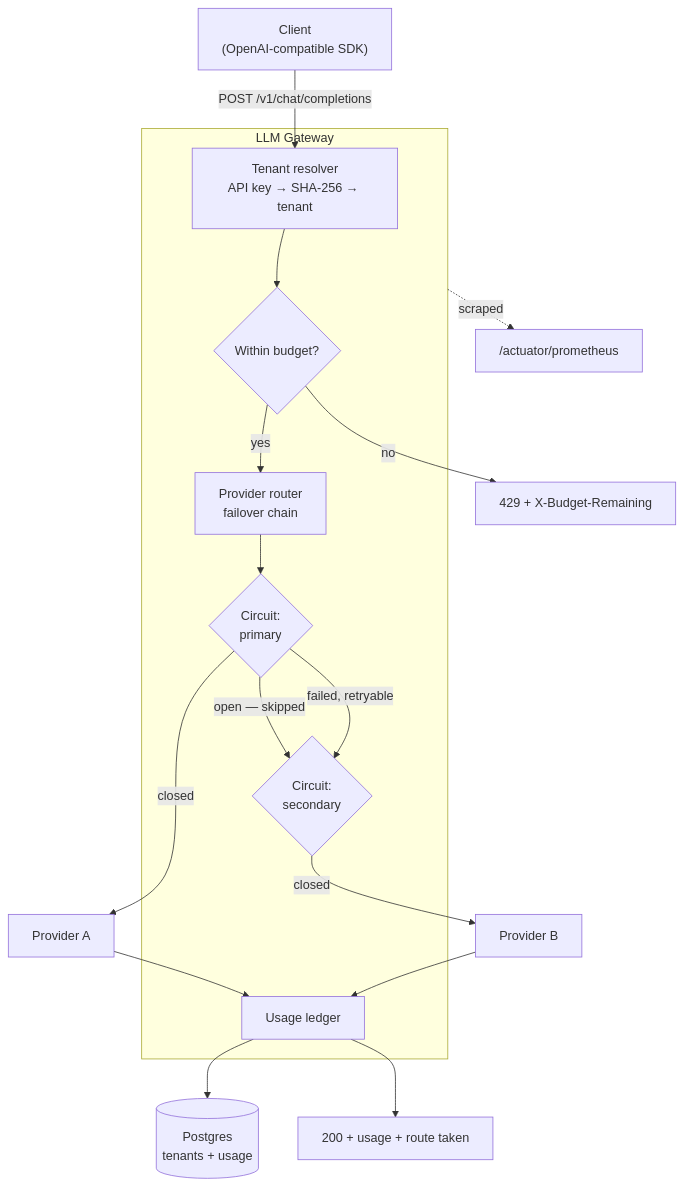
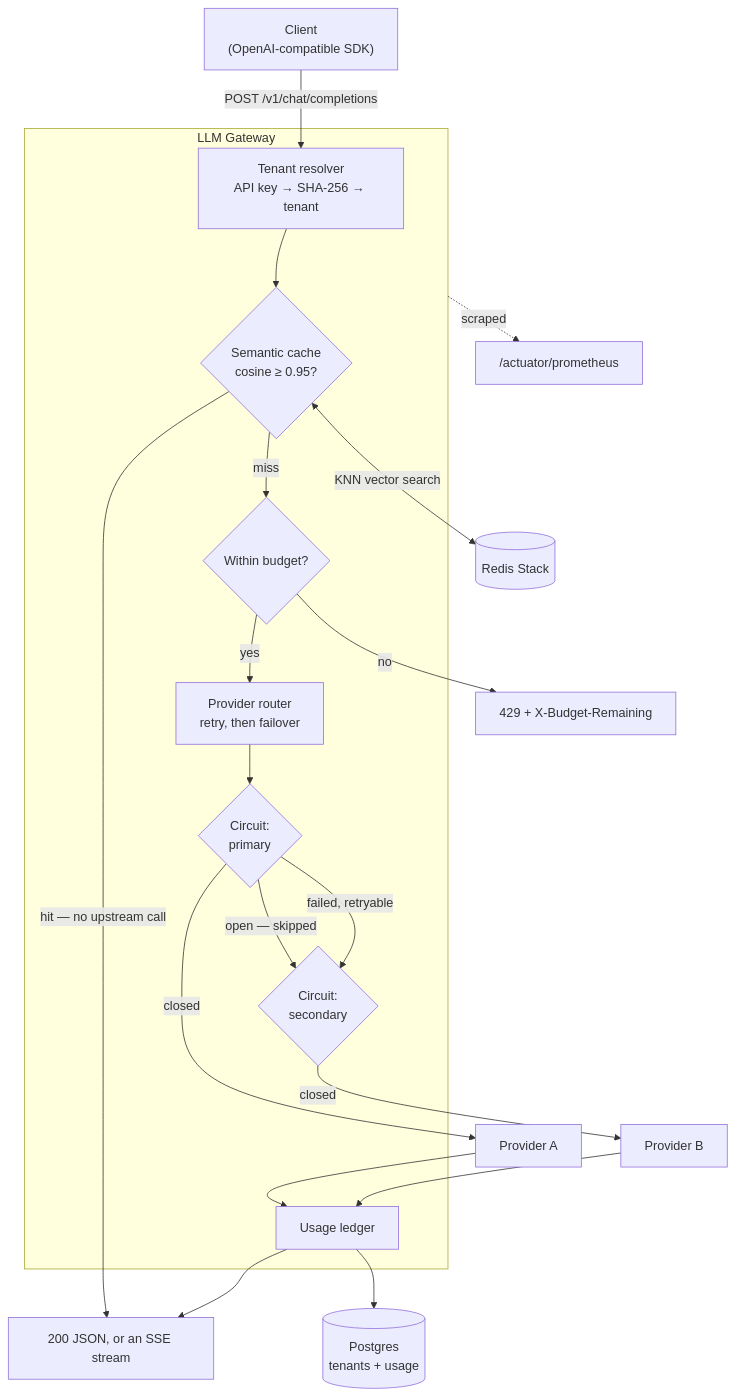
One commit to Ankitnehra6/llm-gateway changed the diagram in README.md. Above: the diagram before and after it, drawn with Mermaid. The commit also changed other lines of this file and 30 other files, not shown here.

First line of the commit message:
Semantic caching, SSE streaming and retry

````diff
--- a/README.md
+++ b/README.md
@@ -39,28 +38,32 @@
 ```mermaid
 flowchart TD
     Client["Client<br/>(OpenAI-compatible SDK)"] -->|"POST /v1/chat/completions"| Auth
 
     subgraph Gateway["LLM Gateway"]
         Auth["Tenant resolver<br/>API key → SHA-256 → tenant"]
+        Cache{"Semantic cache<br/>cosine ≥ 0.95?"}
         Budget{"Within budget?"}
-        Router["Provider router<br/>failover chain"]
+        Router["Provider router<br/>retry, then failover"]
         CB1{"Circuit:<br/>primary"}
         CB2{"Circuit:<br/>secondary"}
         Ledger["Usage ledger"]
 
-        Auth --> Budget
+        Auth --> Cache
+        Cache -->|"miss"| Budget
         Budget -->|"yes"| Router
         Router --> CB1
         CB1 -->|"open — skipped"| CB2
         CB1 -->|"failed, retryable"| CB2
     end
 
+    Cache <-->|"KNN vector search"| Redis[("Redis Stack")]
+    Cache -->|"hit — no upstream call"| Response
     Budget -->|"no"| Rejected["429 + X-Budget-Remaining"]
     CB1 -->|"closed"| P1["Provider A"]
     CB2 -->|"closed"| P2["Provider B"]
     P1 --> Ledger
     P2 --> Ledger
     Ledger --> Postgres[("Postgres<br/>tenants + usage")]
-    Ledger --> Response["200 + usage + route taken"]
+    Ledger --> Response["200 JSON, or an SSE stream"]
     Gateway -.->|"scraped"| Metrics["/actuator/prometheus"]
 ```
````
